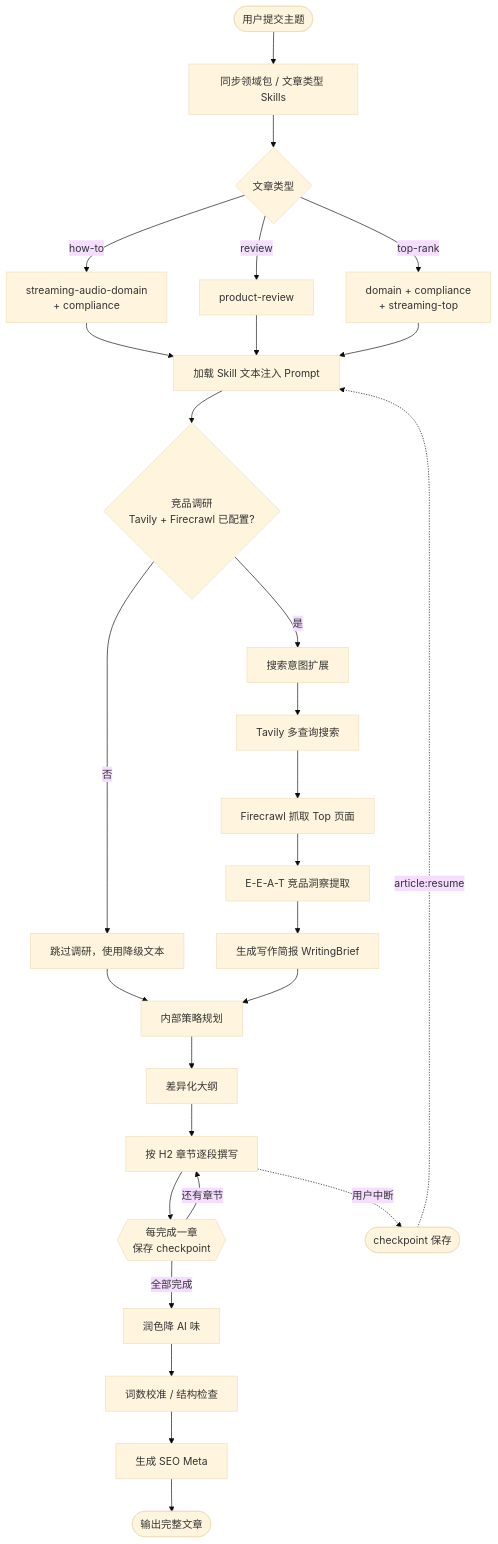
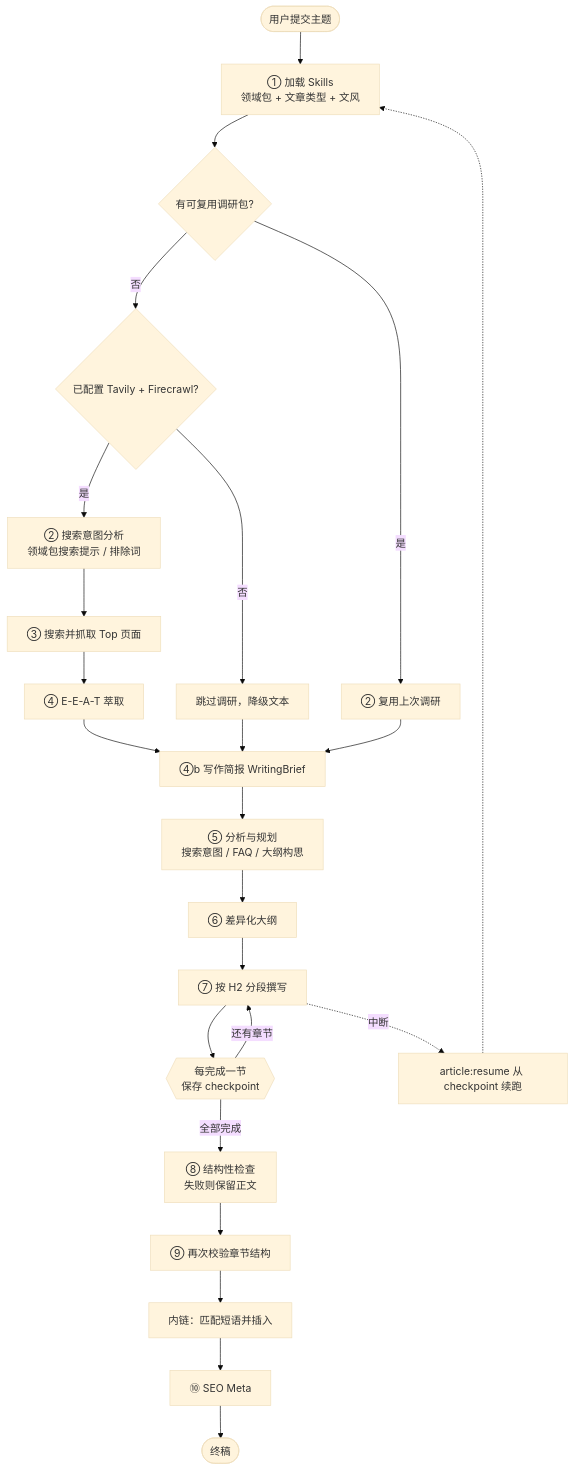
One commit to YieCham/seo-article-generate changed the second of 7 diagrams in README.md. Above: the diagram before and after it, drawn with Mermaid (base theme). The commit also changed other lines of this file, not shown here.

Commit message:
Align README flowcharts with the current create and optimize pipelines

````diff
--- a/README.md
+++ b/README.md
@@ -99,39 +101,33 @@
 ```mermaid
 flowchart TD
-  Start(["用户提交主题"]) --> SyncSkill[同步领域包 / 文章类型 Skills]
-  SyncSkill --> SkillType{文章类型}
+  Start(["用户提交主题"]) --> Skills["① 加载 Skills<br/>领域包 + 文章类型 + 文风"]
+  Skills --> Reuse{有可复用调研包?}
 
-  SkillType -->|how-to| S1[streaming-audio-domain<br/>+ compliance]
-  SkillType -->|review| S2[product-review]
-  SkillType -->|top-rank| S3[domain + compliance<br/>+ streaming-top]
+  Reuse -->|是| ReusePack["② 复用上次调研"]
+  Reuse -->|否| Research{已配置 Tavily + Firecrawl?}
 
-  S1 --> LoadSkill[加载 Skill 文本注入 Prompt]
-  S2 --> LoadSkill
-  S3 --> LoadSkill
+  Research -->|是| Expand["② 搜索意图分析<br/>领域包搜索提示 / 排除词"]
+  Expand --> Search["③ 搜索并抓取 Top 页面"]
+  Search --> Eeat["④ E-E-A-T 萃取"]
+  Eeat --> Brief["④b 写作简报 WritingBrief"]
 
-  LoadSkill --> Research{竞品调研<br/>Tavily + Firecrawl 已配置?}
+  Research -->|否| Skip["跳过调研，降级文本"]
+  Skip --> Brief
+  ReusePack --> Brief
 
-  Research -->|是| R1[搜索意图扩展]
-  R1 --> R2[Tavily 多查询搜索]
-  R2 --> R3[Firecrawl 抓取 Top 页面]
-  R3 --> R4[E-E-A-T 竞品洞察提取]
-  R4 --> R5[生成写作简报 WritingBrief]
+  Brief --> Plan["⑤ 分析与规划<br/>搜索意图 / FAQ / 大纲构思"]
+  Plan --> Outline["⑥ 差异化大纲"]
+  Outline --> Draft["⑦ 按 H2 分段撰写"]
 
-  Research -->|否| R6[跳过调研，使用降级文本]
-  R6 --> Plan
+  Draft --> CP{{每完成一节<br/>保存 checkpoint}}
+  CP -->|还有章节| Draft
+  CP -->|全部完成| Struct["⑧ 结构性检查<br/>失败则保留正文"]
 
-  R5 --> Plan[内部策略规划]
-  Plan --> Outline[差异化大纲]
-  Outline --> Draft[按 H2 章节逐段撰写]
+  Struct --> Struct2["⑨ 再次校验章节结构"]
+  Struct2 --> Links["内链：匹配短语并插入"]
+  Links --> Meta["⑩ SEO Meta"]
+  Meta --> Done(["终稿"])
 
-  Draft --> CP1{{每完成一章<br/>保存 checkpoint}}
-  CP1 -->|还有章节| Draft
-  CP1 -->|全部完成| Polish
-
-  Polish[润色降 AI 味] --> Length[词数校准 / 结构检查]
-  Length --> Meta[生成 SEO Meta]
-  Meta --> Done(["输出完整文章"])
-
-  Draft -.->|用户中断| Interrupt(["checkpoint 保存"])
-  Interrupt -.->|article:resume| LoadSkill
+  Draft -.->|中断| Resume["article:resume 从 checkpoint 续跑"]
+  Resume -.-> Skills
 ```
````
